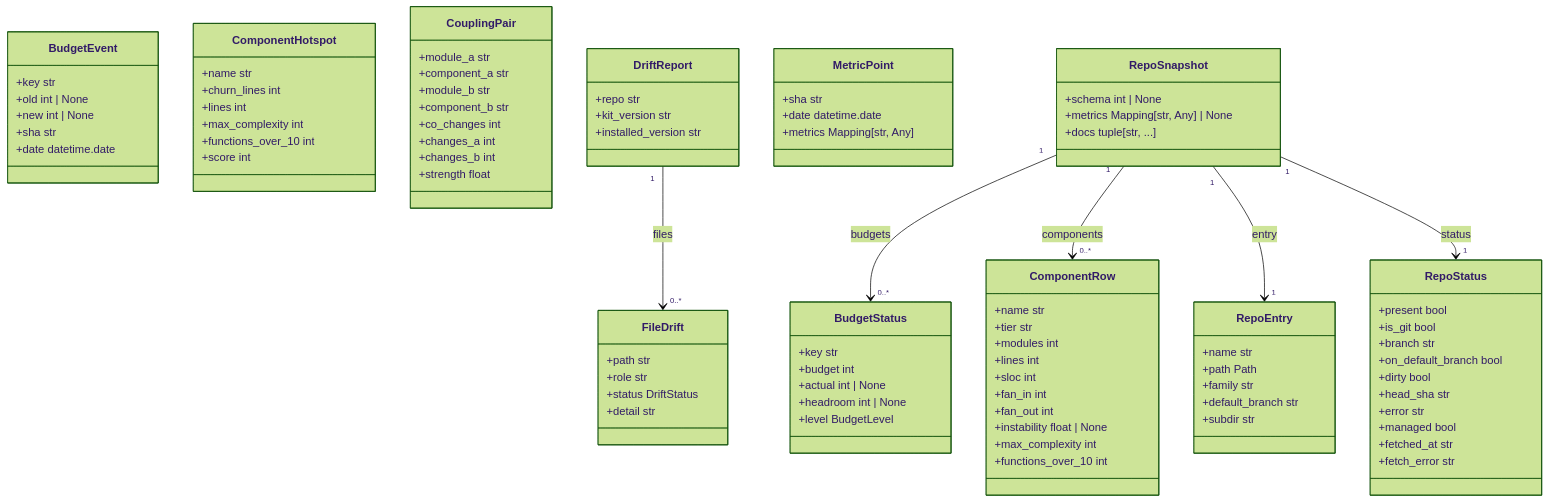
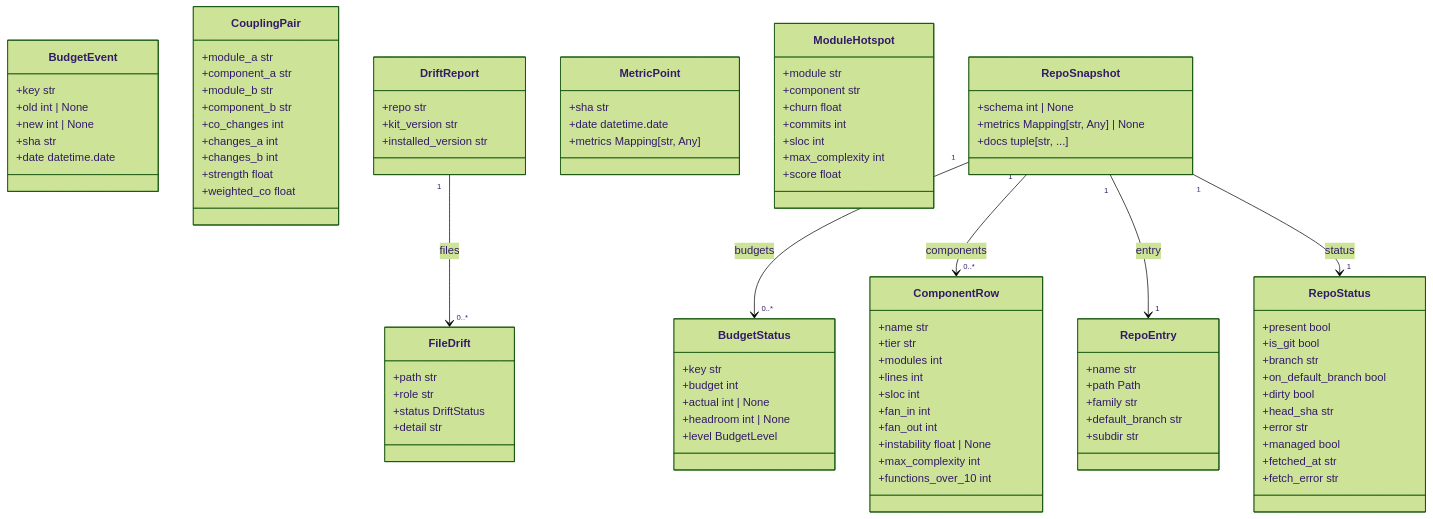
One commit to agent-lore/guardrail-hub changed the diagram in docs/generated/domain_model.md. Above: the diagram before and after it, drawn with Mermaid (forest theme). The commit also changed 16 other files, not shown here.

```diff
--- a/docs/generated/domain_model.md
+++ b/docs/generated/domain_model.md
@@ -20,14 +20,6 @@
     +actual int | None
     +headroom int | None
     +level BudgetLevel
-  }
-  class ComponentHotspot {
-    +name str
-    +churn_lines int
-    +lines int
-    +max_complexity int
-    +functions_over_10 int
-    +score int
   }
   class ComponentRow {
     +name str
@@ -50,6 +42,7 @@
     +changes_a int
     +changes_b int
     +strength float
+    +weighted_co float
   }
   class DriftReport {
     +repo str
@@ -66,6 +59,15 @@
     +sha str
     +date datetime.date
     +metrics Mapping[str, Any]
+  }
+  class ModuleHotspot {
+    +module str
+    +component str
+    +churn float
+    +commits int
+    +sloc int
+    +max_complexity int
+    +score float
   }
   class RepoEntry {
     +name str
```
